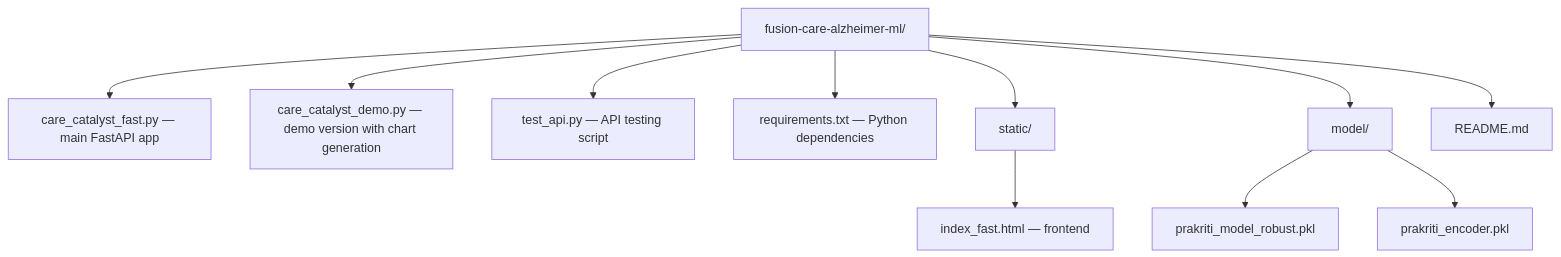
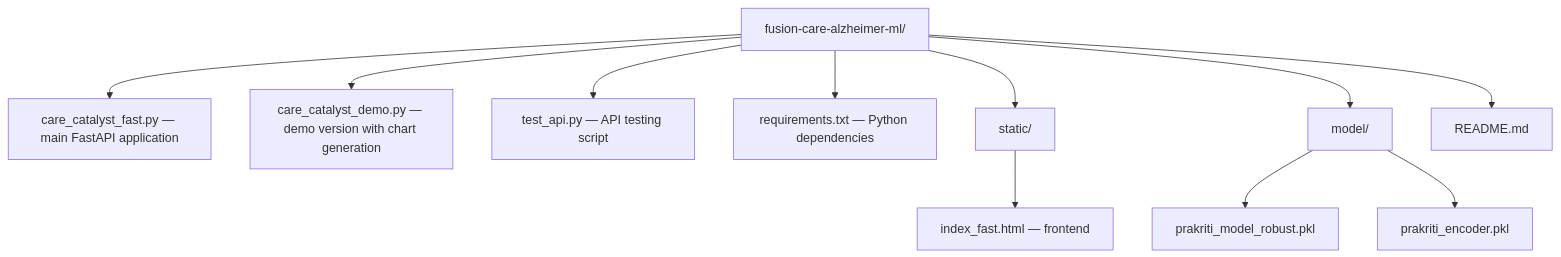
The seventh of 9 diagrams in README.md (Avgohil/fusion-care-alzheimer-ml), drawn with Mermaid before and after one commit. The commit also changed other lines of this file, not shown here.

````diff
--- a/README.md
+++ b/README.md
@@ -352,14 +251,14 @@
 ```mermaid
 flowchart TD
     Root["fusion-care-alzheimer-ml/"]
-    Root --> A[care_catalyst_fast.py — main FastAPI app]
+    Root --> A[care_catalyst_fast.py — main FastAPI application]
     Root --> B[care_catalyst_demo.py — demo version with chart generation]
     Root --> C[test_api.py — API testing script]
     Root --> D[requirements.txt — Python dependencies]
     Root --> E[static/]
     E --> E1[index_fast.html — frontend]
     Root --> F[model/]
     F --> F1[prakriti_model_robust.pkl]
     F --> F2[prakriti_encoder.pkl]
     Root --> G[README.md]
 ```
````
